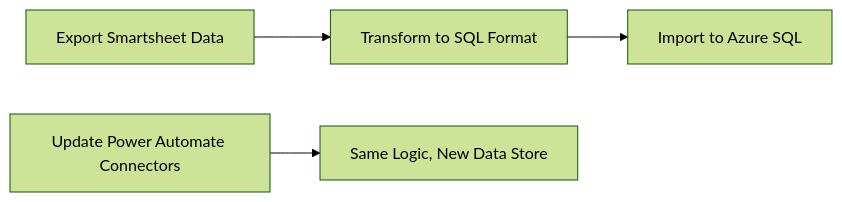
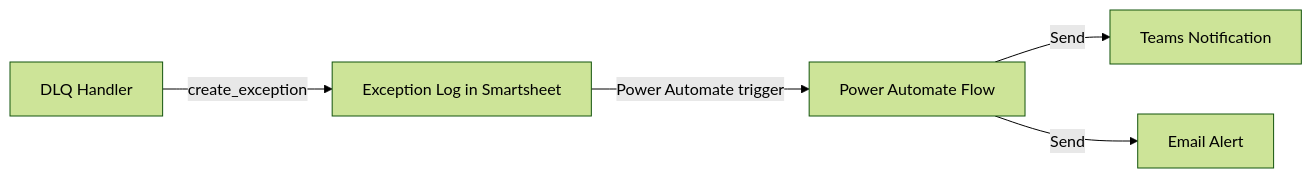
Before and after one commit to ahuraira/smartsheet-manufacturing-ops: the second of 2 diagrams in implementation_plan.md, drawn with Mermaid (forest theme). The commit also changed other lines of this file and 27 other files, not shown here.

````diff
--- a/implementation_plan.md
+++ b/implementation_plan.md
@@ -106,6 +197,7 @@
 ```mermaid
 flowchart LR
-    A[Export Smartsheet Data] --> B[Transform to SQL Format]
-    B --> C[Import to Azure SQL]
-    D[Update Power Automate Connectors] --> E[Same Logic, New Data Store]
+    DLQ[DLQ Handler] -->|create_exception| EX[Exception Log in Smartsheet]
+    EX -->|Power Automate trigger| PA[Power Automate Flow]
+    PA -->|Send| TEAMS[Teams Notification]
+    PA -->|Send| EMAIL[Email Alert]
 ```
````
